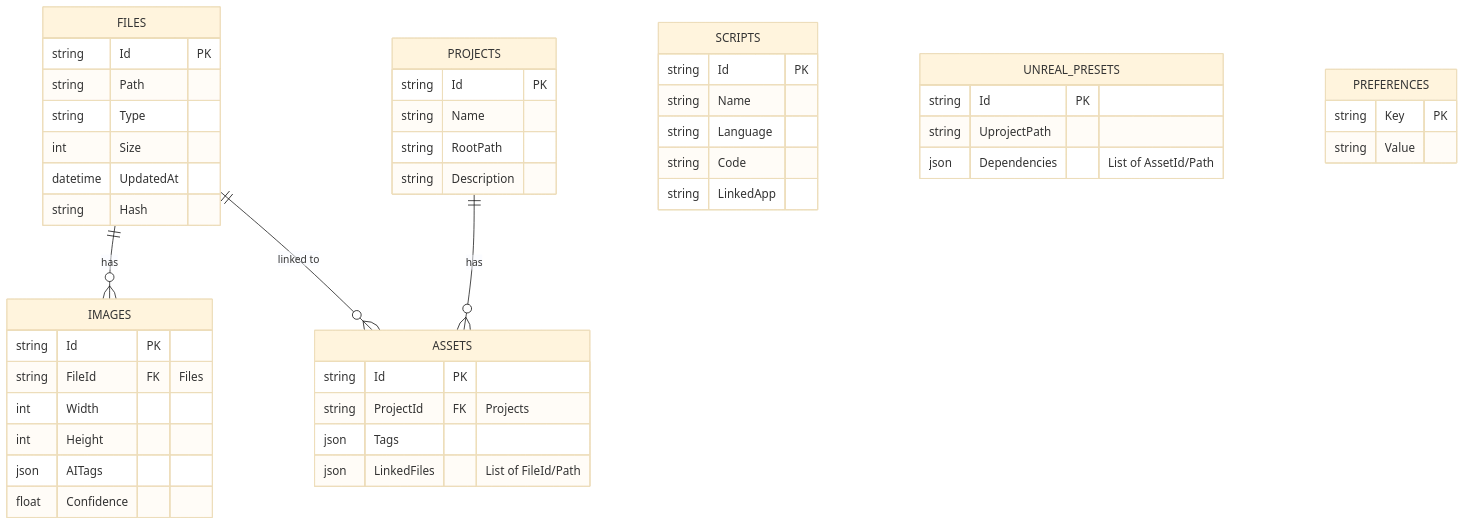
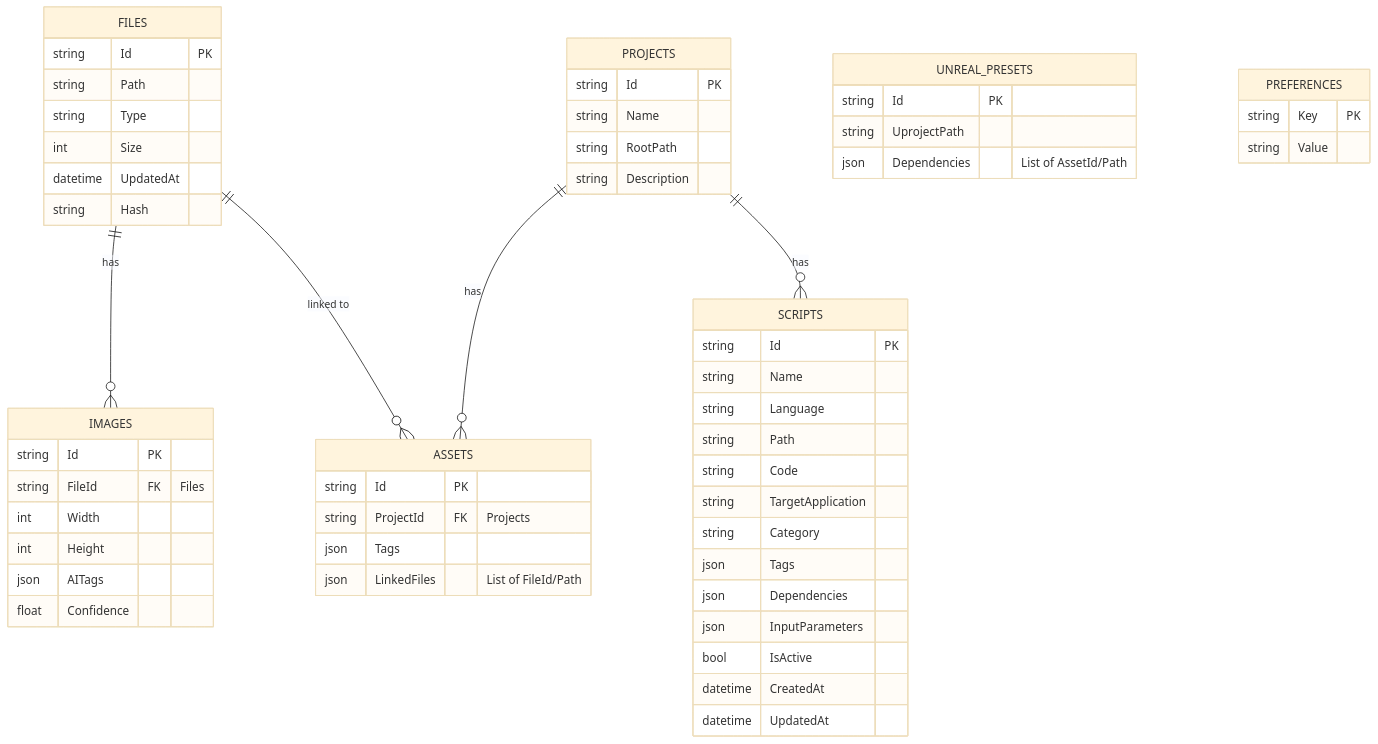
The diagram in docs/DataStructure.md (matsuo-takumi/Pivot2), drawn with Mermaid (base theme) before and after one commit. The commit also changed other lines of this file and 10 other files, not shown here.

````diff
--- a/docs/DataStructure.md
+++ b/docs/DataStructure.md
@@ -9,57 +9,66 @@
 ```mermaid
 erDiagram
     FILES ||--o{ IMAGES : "has"
     PROJECTS ||--o{ ASSETS : "has"
     FILES ||--o{ ASSETS : "linked to"
+    PROJECTS ||--o{ SCRIPTS : "has"
 
     FILES {
         string Id PK
         string Path
         string Type
         int Size
         datetime UpdatedAt
         string Hash
     }
 
     IMAGES {
         string Id PK
         string FileId FK "Files"
         int Width
         int Height
         json AITags
         float Confidence
     }
 
     PROJECTS {
         string Id PK
         string Name
         string RootPath
         string Description
     }
 
     ASSETS {
         string Id PK
         string ProjectId FK "Projects"
         json Tags
         json LinkedFiles "List of FileId/Path"
     }
 
     SCRIPTS {
         string Id PK
         string Name
         string Language
+        string Path
         string Code
-        string LinkedApp
+        string TargetApplication
+        string Category
+        json Tags
+        json Dependencies
+        json InputParameters
+        bool IsActive
+        datetime CreatedAt
+        datetime UpdatedAt
     }
 
     UNREAL_PRESETS {
         string Id PK
         string UprojectPath
         json Dependencies "List of AssetId/Path"
     }
 
     PREFERENCES {
         string Key PK
         string Value
     }
 ```
````
